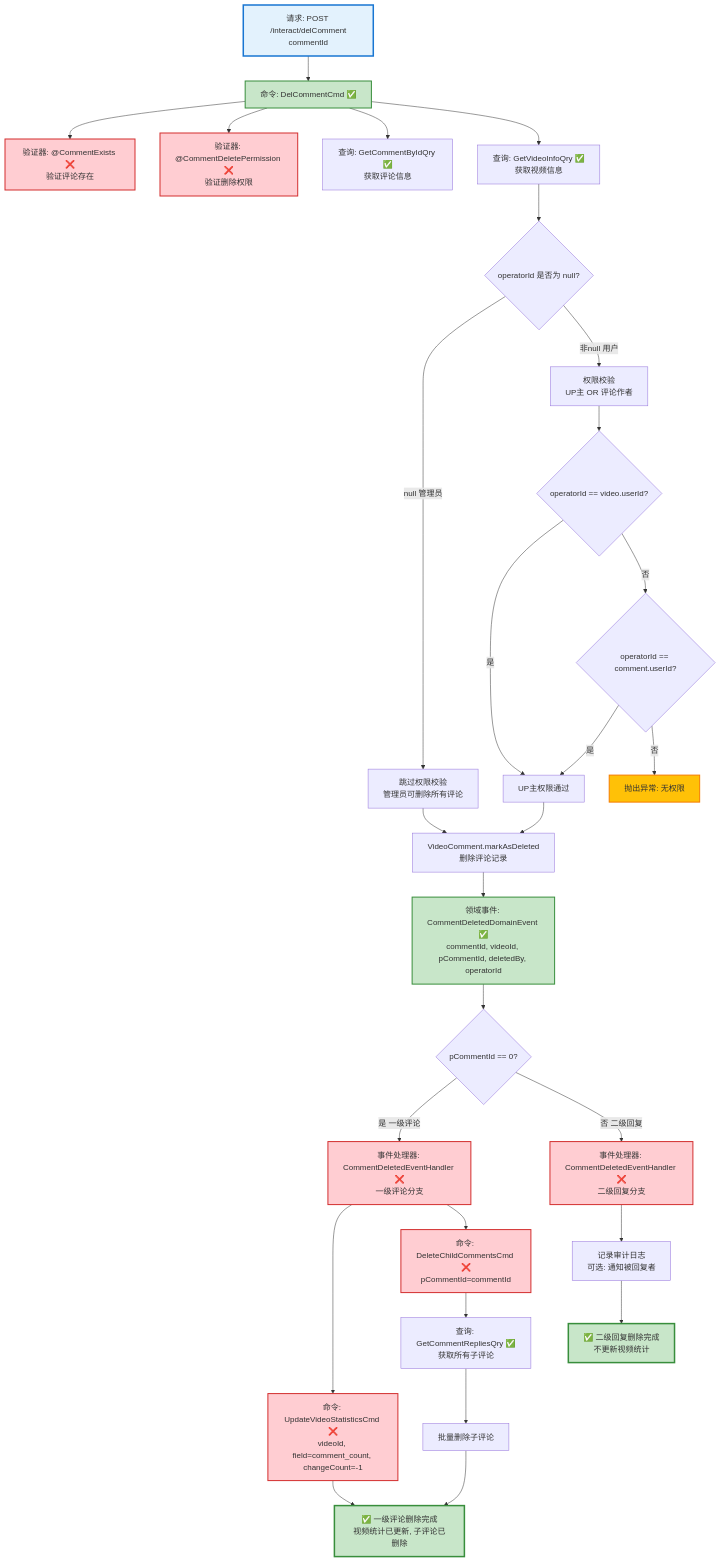
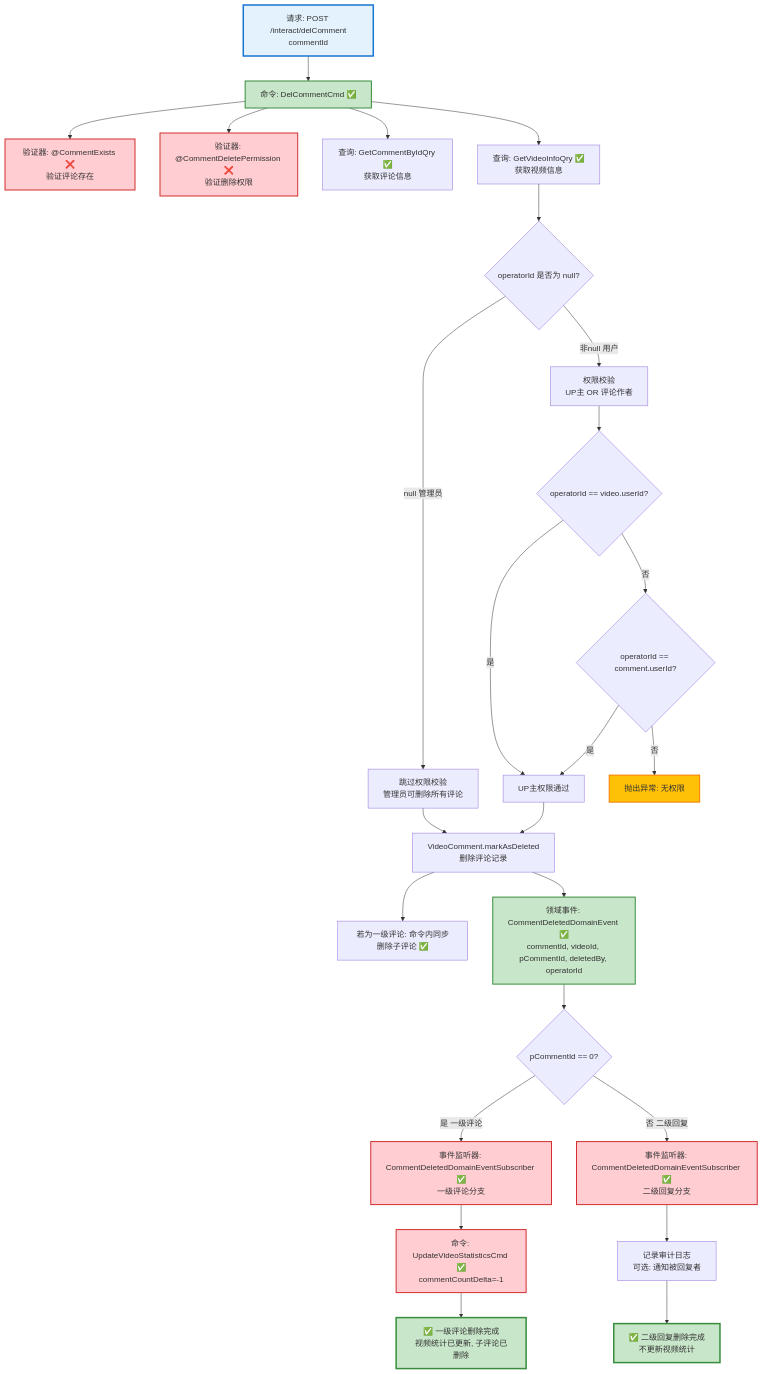
One commit to LDmoxeii/only-danmuku changed the diagram in design/requirements/comment_delete_flow.md. Above: the diagram before and after it, drawn with Mermaid. The commit also changed other lines of this file and 24 other files, not shown here.

````diff
--- a/design/requirements/comment_delete_flow.md
+++ b/design/requirements/comment_delete_flow.md
@@ -142,54 +127,49 @@
 ```mermaid
 graph TD
     A[请求: POST /interact/delComment<br/>commentId] --> B[命令: DelCommentCmd ✅]
 
     B --> B1[验证器: @CommentExists ❌<br/>验证评论存在]
     B --> B2[验证器: @CommentDeletePermission ❌<br/>验证删除权限]
     B --> B3[查询: GetCommentByIdQry ✅<br/>获取评论信息]
     B --> B4[查询: GetVideoInfoQry ✅<br/>获取视频信息]
 
     B4 --> B5{operatorId 是否为 null?}
     B5 -->|null 管理员| B6[跳过权限校验<br/>管理员可删除所有评论]
     B5 -->|非null 用户| B7[权限校验<br/>UP主 OR 评论作者]
 
     B7 --> B7A{operatorId == video.userId?}
     B7A -->|是| B8[UP主权限通过]
     B7A -->|否| B7B{operatorId == comment.userId?}
     B7B -->|是| B8
     B7B -->|否| B7C[抛出异常: 无权限]
 
     B6 --> C[VideoComment.markAsDeleted<br/>删除评论记录]
     B8 --> C
 
+    C --> C4[若为一级评论: 命令内同步删除子评论 ✅]
     C --> D[领域事件: CommentDeletedDomainEvent ✅<br/>commentId, videoId, pCommentId, deletedBy, operatorId]
 
     D --> E{pCommentId == 0?}
-    E -->|是 一级评论| F1[事件处理器: CommentDeletedEventHandler ❌<br/>一级评论分支]
-    E -->|否 二级回复| F2[事件处理器: CommentDeletedEventHandler ❌<br/>二级回复分支]
+    E -->|是 一级评论| F1[事件监听器: CommentDeletedDomainEventSubscriber ✅<br/>一级评论分支]
+    E -->|否 二级回复| F2[事件监听器: CommentDeletedDomainEventSubscriber ✅<br/>二级回复分支]
 
-    F1 --> G1[命令: UpdateVideoStatisticsCmd ❌<br/>videoId, field=comment_count, changeCount=-1]
-    F1 --> G2[命令: DeleteChildCommentsCmd ❌<br/>pCommentId=commentId]
-
-    G2 --> G2A[查询: GetCommentRepliesQry ✅<br/>获取所有子评论]
-    G2A --> G2B[批量删除子评论]
+    F1 --> G1[命令: UpdateVideoStatisticsCmd ✅<br/>commentCountDelta=-1]
 
     G1 --> H1[✅ 一级评论删除完成<br/>视频统计已更新, 子评论已删除]
-    G2B --> H1
 
     F2 --> H2[记录审计日志<br/>可选: 通知被回复者]
     H2 --> H3[✅ 二级回复删除完成<br/>不更新视频统计]
 
     style A fill:#E3F2FD,stroke:#1976D2,stroke-width:3px
     style B fill:#C8E6C9,stroke:#388E3C,stroke-width:2px
     style D fill:#C8E6C9,stroke:#388E3C,stroke-width:2px
     style H1 fill:#C8E6C9,stroke:#388E3C,stroke-width:3px
     style H3 fill:#C8E6C9,stroke:#388E3C,stroke-width:3px
 
     style B1 fill:#FFCDD2,stroke:#D32F2F,stroke-width:2px
     style B2 fill:#FFCDD2,stroke:#D32F2F,stroke-width:2px
     style F1 fill:#FFCDD2,stroke:#D32F2F,stroke-width:2px
     style F2 fill:#FFCDD2,stroke:#D32F2F,stroke-width:2px
     style G1 fill:#FFCDD2,stroke:#D32F2F,stroke-width:2px
-    style G2 fill:#FFCDD2,stroke:#D32F2F,stroke-width:2px
     style B7C fill:#FFC107,stroke:#F57C00,stroke-width:2px
 ```
````
